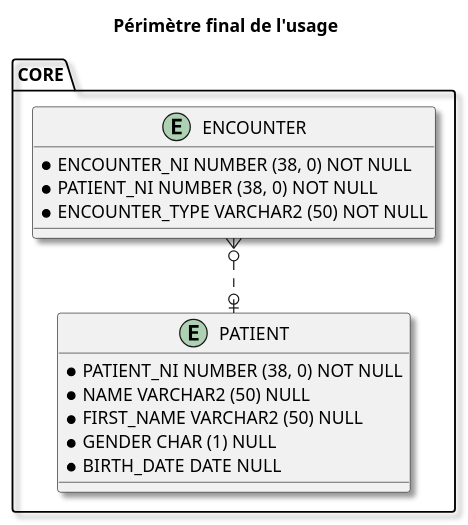
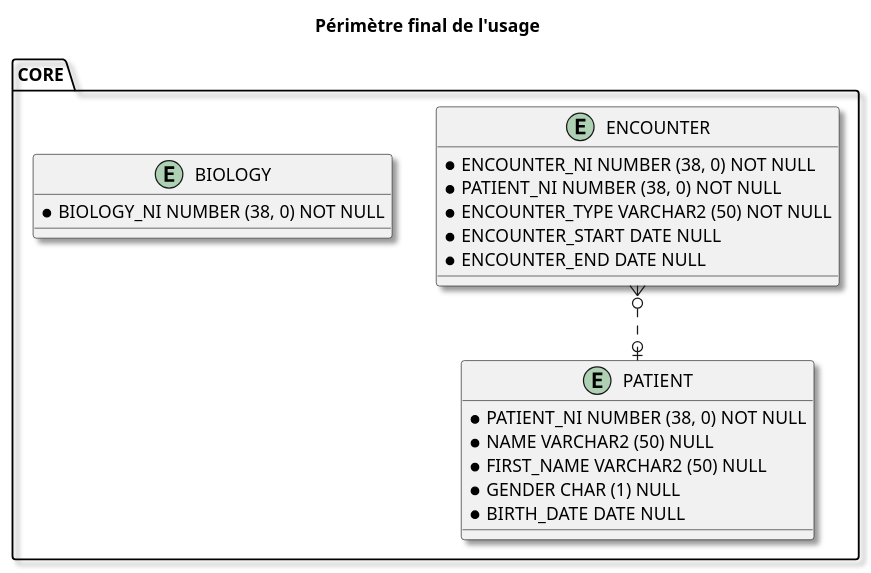
The diagram in input/images-source/core-map.plantuml (aphp/IG-fhir-dm), drawn with PlantUML before and after one commit. The commit also changed 8 other files, not shown here.

Commit message:
Improve Encounter + biology

```diff
--- a/input/images-source/core-map.plantuml
+++ b/input/images-source/core-map.plantuml
@@ -1,29 +1,36 @@
 @startuml
 
 skinparam Shadowing 1.0
 ' avoid problems with angled crows feet
 skinparam linetype ortho
 
 title
 Périmètre final de l'usage
 end title
 
 entity CORE.PATIENT {
   * {field} PATIENT_NI NUMBER (38, 0) NOT NULL
   * {field} NAME VARCHAR2 (50) NULL
   * {field} FIRST_NAME VARCHAR2 (50) NULL
   * {field} GENDER CHAR (1) NULL
   * {field} BIRTH_DATE DATE NULL
 }
 
 entity CORE.ENCOUNTER {
   * {field} ENCOUNTER_NI NUMBER (38, 0) NOT NULL
   * {field} PATIENT_NI NUMBER (38, 0) NOT NULL
   * {field} ENCOUNTER_TYPE VARCHAR2 (50) NOT NULL
+  * {field} ENCOUNTER_START DATE NULL
+  * {field} ENCOUNTER_END DATE NULL
+}
+
+entity CORE.BIOLOGY {
+  * {field} BIOLOGY_NI NUMBER (38, 0) NOT NULL
 }
 
 
 
 CORE.ENCOUNTER }o..o| CORE.PATIENT
 
+
 @enduml
```
